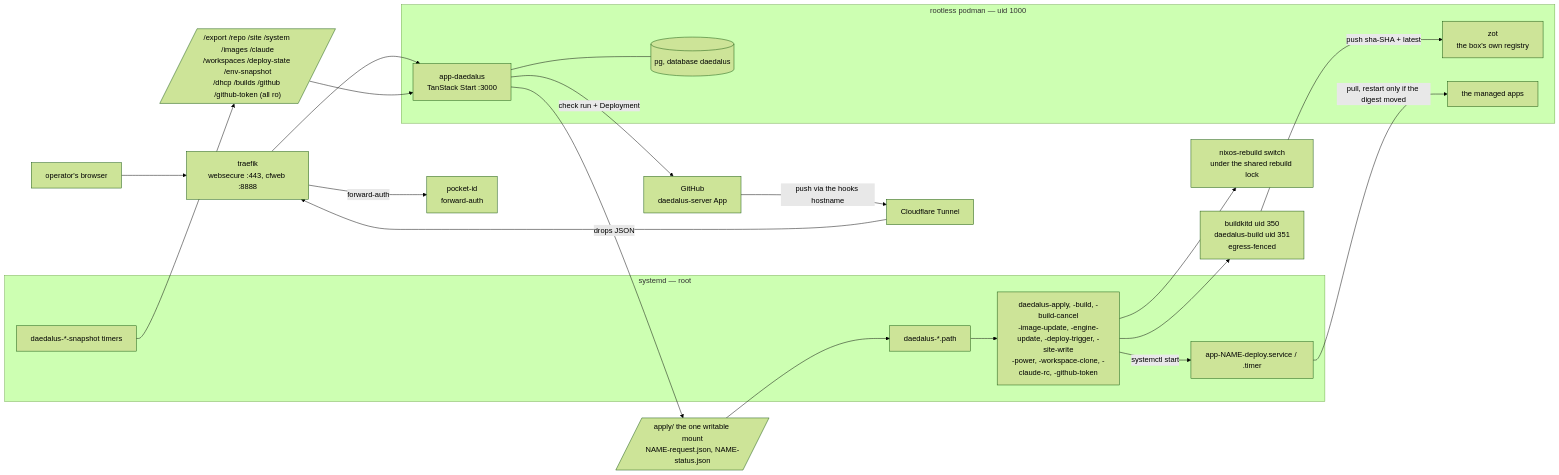
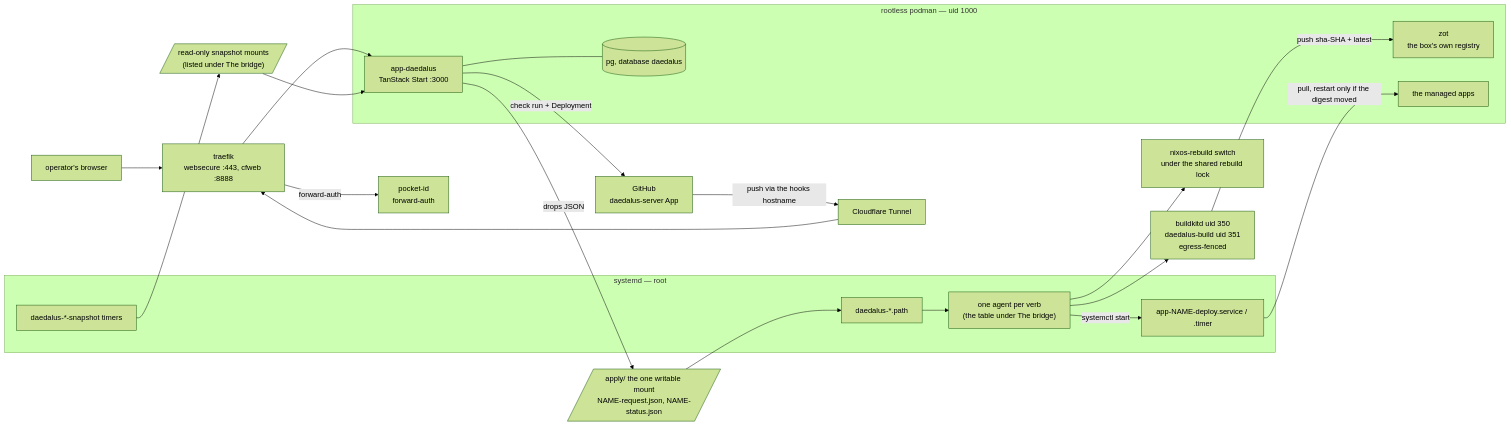
One commit to santiagotoscanini/daedalus changed the first of 5 diagrams in ARCHITECTURE.md. Above: the diagram before and after it, drawn with Mermaid (forest theme). The commit also changed other lines of this file and 49 other files, not shown here.

````diff
--- a/ARCHITECTURE.md
+++ b/ARCHITECTURE.md
@@ -29,41 +30,41 @@
 ```mermaid
 flowchart LR
   Browser["operator's browser"]
   GH["GitHub<br/>daedalus-server App"]
   CF["Cloudflare Tunnel"]
   Traefik["traefik<br/>websecure :443, cfweb :8888"]
   PID["pocket-id<br/>forward-auth"]
 
   subgraph pod["rootless podman — uid 1000"]
     App["app-daedalus<br/>TanStack Start :3000"]
     PG[("pg, database daedalus")]
     Zot["zot<br/>the box's own registry"]
     Apps["the managed apps"]
   end
 
   Bridge[/"apply/ the one writable mount<br/>NAME-request.json, NAME-status.json"/]
-  Snaps[/"/export /repo /site /system /images /claude<br/>/workspaces /deploy-state /env-snapshot<br/>/dhcp /builds /github /github-token (all ro)"/]
+  Snaps[/"read-only snapshot mounts<br/>(listed under The bridge)"/]
 
   subgraph root["systemd — root"]
     Paths["daedalus-*.path"]
-    Agents["daedalus-apply, -build, -build-cancel<br/>-image-update, -engine-update, -deploy-trigger, -site-write<br/>-power, -workspace-clone, -claude-rc, -github-token"]
+    Agents["one agent per verb<br/>(the table under The bridge)"]
     SnapJobs["daedalus-*-snapshot timers"]
     DeployU["app-NAME-deploy.service / .timer"]
   end
 
   Nix["nixos-rebuild switch<br/>under the shared rebuild lock"]
   BK["buildkitd uid 350<br/>daedalus-build uid 351<br/>egress-fenced"]
 
   Browser --> Traefik
   GH -- "push via the hooks hostname" --> CF --> Traefik
   Traefik -- "forward-auth" --> PID
   Traefik --> App
   App --- PG
   App -- "drops JSON" --> Bridge --> Paths --> Agents
   Agents --> Nix
   Agents --> BK -- "push sha-SHA + latest" --> Zot
   Agents -- "systemctl start" --> DeployU
   DeployU -- "pull, restart only if the digest moved" --> Apps
   SnapJobs --> Snaps --> App
   App -- "check run + Deployment" --> GH
 ```
````
